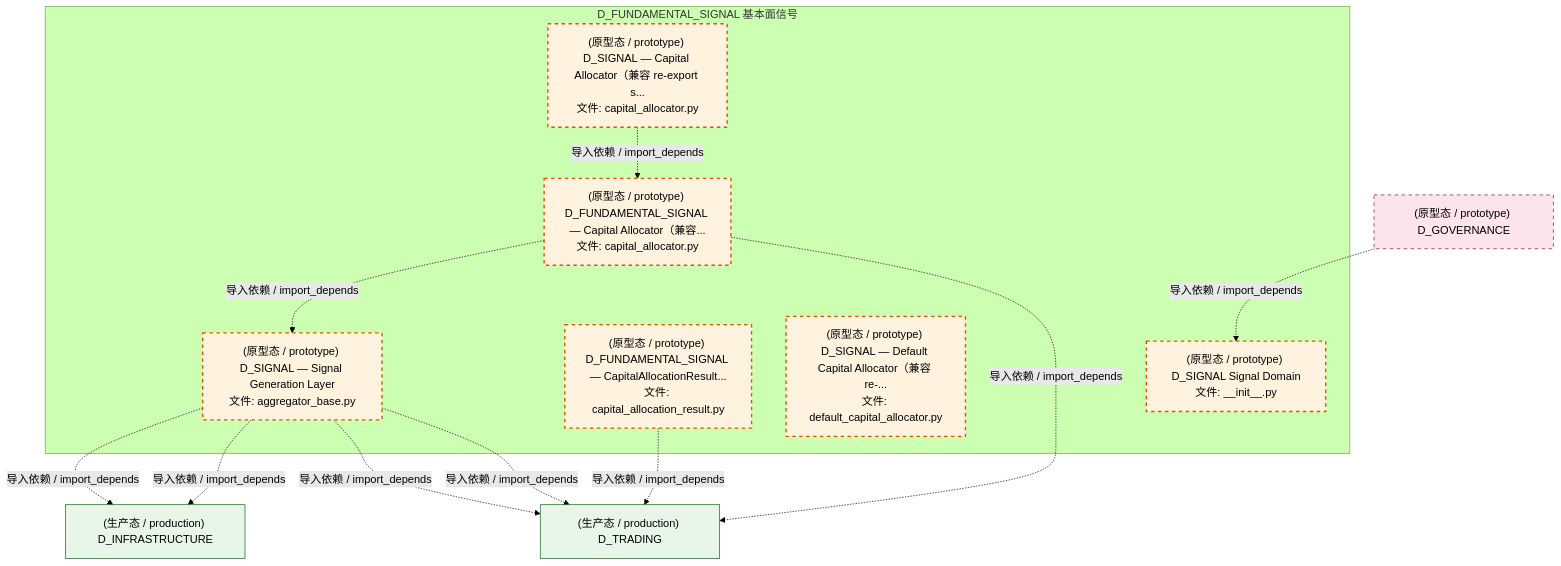
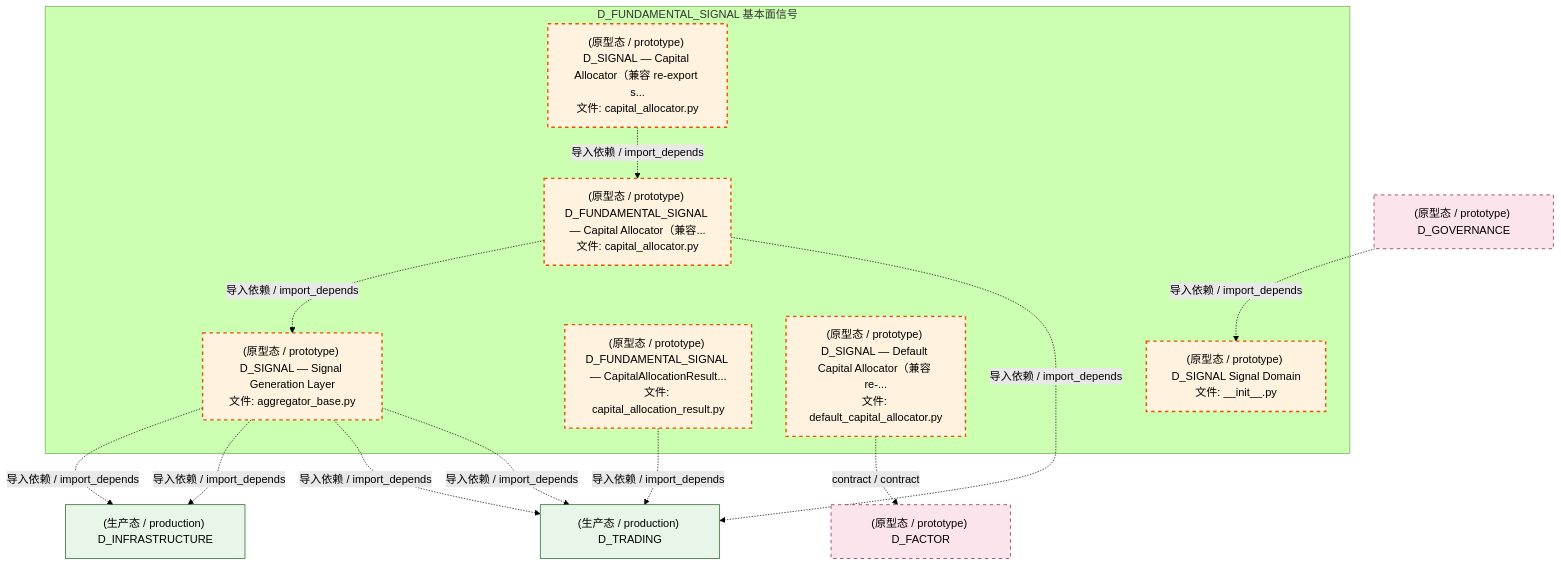
One commit to xuanFelixVan/ZephyrAlpha changed the third of 4 diagrams in docs/02_enterprise_architecture/02_domain_architecture_docs/37_d_fundamental_signal.md. Above: the diagram before and after it, drawn with Mermaid (forest theme). The commit also changed other lines of this file and 102 other files, not shown here.

````diff
--- a/docs/02_enterprise_architecture/02_domain_architecture_docs/37_d_fundamental_signal.md
+++ b/docs/02_enterprise_architecture/02_domain_architecture_docs/37_d_fundamental_signal.md
@@ -171,30 +170,32 @@
 ```mermaid
 graph TD
     subgraph D_FUNDAMENTAL_SIGNAL["D_FUNDAMENTAL_SIGNAL 基本面信号"]
         src_zephyr_signal_fundamental_init_py["(原型态 / prototype) D_SIGNAL Signal Domain<br/>文件: __init__.py"]
         src_zephyr_signal_fundamental_capital_capital_allocation_result_py["(原型态 / prototype) D_FUNDAMENTAL_SIGNAL — CapitalAllocationResult...<br/>文件: capital_allocation_result.py"]
         src_zephyr_signal_fundamental_capital_capital_allocator_py["(原型态 / prototype) D_SIGNAL — Capital Allocator（兼容 re-export s...<br/>文件: capital_allocator.py"]
         src_zephyr_signal_fundamental_capital_default_capital_allocator_py["(原型态 / prototype) D_SIGNAL — Default Capital Allocator（兼容 re-...<br/>文件: default_capital_allocator.py"]
         src_zephyr_signal_fundamental_gen_aggregator_base_py["(原型态 / prototype) D_SIGNAL — Signal Generation Layer<br/>文件: aggregator_base.py"]
         src_zephyr_signal_fundamental_strategy_capital_allocator_py["(原型态 / prototype) D_FUNDAMENTAL_SIGNAL — Capital Allocator（兼容...<br/>文件: capital_allocator.py"]
     end
     src_zephyr_signal_fundamental_capital_capital_allocator_py -.->|导入依赖 / import_depends| src_zephyr_signal_fundamental_strategy_capital_allocator_py
     src_zephyr_signal_fundamental_strategy_capital_allocator_py -.->|导入依赖 / import_depends| src_zephyr_signal_fundamental_gen_aggregator_base_py
+    D_FACTOR["(原型态 / prototype) D_FACTOR"]
+    src_zephyr_signal_fundamental_capital_default_capital_allocator_py -.->|contract / contract| D_FACTOR
     D_TRADING["(生产态 / production) D_TRADING"]
     src_zephyr_signal_fundamental_capital_capital_allocation_result_py -.->|导入依赖 / import_depends| D_TRADING
     D_INFRASTRUCTURE["(生产态 / production) D_INFRASTRUCTURE"]
     src_zephyr_signal_fundamental_gen_aggregator_base_py -.->|导入依赖 / import_depends| D_INFRASTRUCTURE
     src_zephyr_signal_fundamental_gen_aggregator_base_py -.->|导入依赖 / import_depends| D_INFRASTRUCTURE
     src_zephyr_signal_fundamental_gen_aggregator_base_py -.->|导入依赖 / import_depends| D_TRADING
     src_zephyr_signal_fundamental_gen_aggregator_base_py -.->|导入依赖 / import_depends| D_TRADING
     src_zephyr_signal_fundamental_strategy_capital_allocator_py -.->|导入依赖 / import_depends| D_TRADING
     D_GOVERNANCE["(原型态 / prototype) D_GOVERNANCE"]
     D_GOVERNANCE -.->|导入依赖 / import_depends| src_zephyr_signal_fundamental_init_py
     classDef production fill:#e1f5fe,stroke:#01579b,stroke-width:2px,color:#000
     classDef design fill:#fff3e0,stroke:#e65100,stroke-width:2px,color:#000,stroke-dasharray: 5 5
     classDef external_prod fill:#e8f5e9,stroke:#1b5e20,stroke-width:1px,color:#000
     classDef external_design fill:#fce4ec,stroke:#880e4f,stroke-width:1px,color:#000,stroke-dasharray: 5 5
     class src_zephyr_signal_fundamental_init_py,src_zephyr_signal_fundamental_capital_capital_allocation_result_py,src_zephyr_signal_fundamental_capital_capital_allocator_py,src_zephyr_signal_fundamental_capital_default_capital_allocator_py,src_zephyr_signal_fundamental_gen_aggregator_base_py,src_zephyr_signal_fundamental_strategy_capital_allocator_py design
     class D_TRADING,D_INFRASTRUCTURE external_prod
-    class D_GOVERNANCE external_design
+    class D_FACTOR,D_GOVERNANCE external_design
 ```
````
